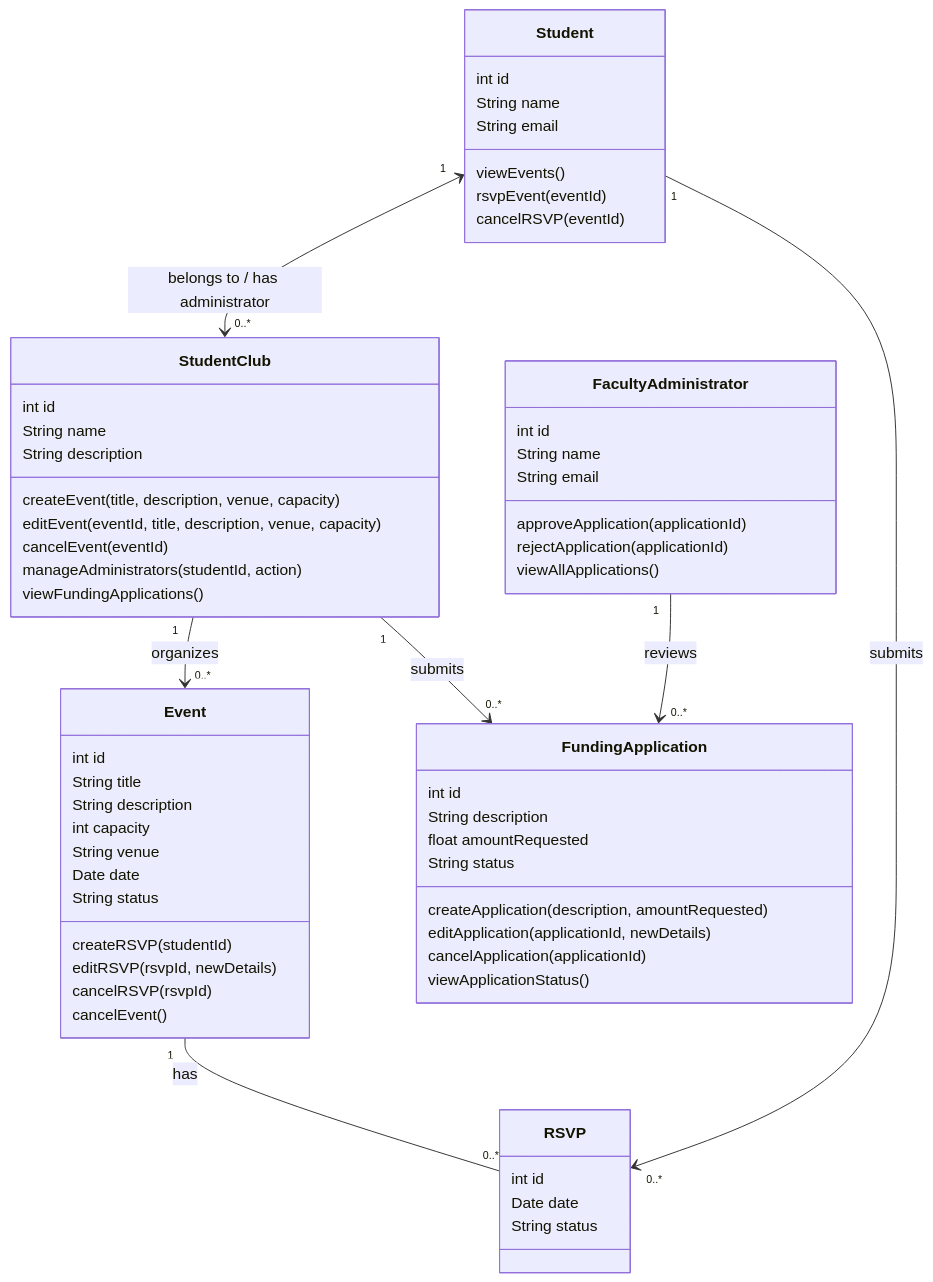
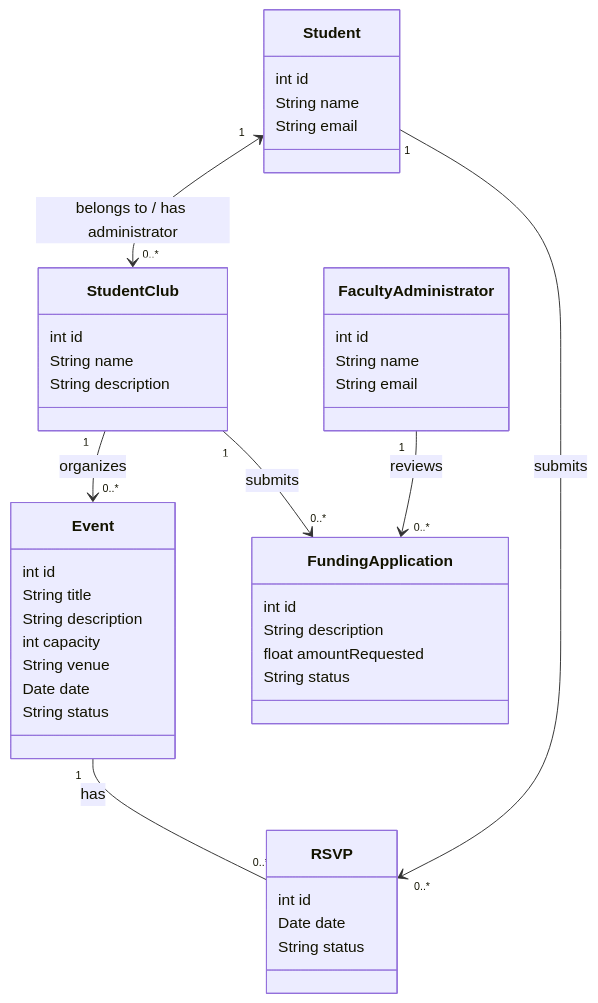
One commit to LiWinston/SDAMC changed the diagram in DomainModel.mmd. Above: the diagram before and after it, drawn with Mermaid. The commit also changed 1 other file, not shown here.

```diff
--- a/DomainModel.mmd
+++ b/DomainModel.mmd
@@ -1,67 +1,67 @@
 classDiagram
     Student "1" <--> "0..*" StudentClub : belongs to / has administrator
     StudentClub "1" --> "0..*" Event : organizes
     Event "1" -- "0..*" RSVP : has
     Student "1" --> "0..*" RSVP : submits
     StudentClub "1" --> "0..*" FundingApplication : submits
     FacultyAdministrator "1" --> "0..*" FundingApplication : reviews
 
     class Student {
         int id
         String name
         String email
-        viewEvents()
-        rsvpEvent(eventId)
-        cancelRSVP(eventId)
+%%        viewEvents()
+%%        rsvpEvent(eventId)
+%%        cancelRSVP(eventId)
     }
 
     class StudentClub {
         int id
         String name
         String description
-        createEvent(title, description, venue, capacity)
-        editEvent(eventId, title, description, venue, capacity)
-        cancelEvent(eventId)
-        manageAdministrators(studentId, action)
-        viewFundingApplications()
+%%        createEvent(title, description, venue, capacity)
+%%        editEvent(eventId, title, description, venue, capacity)
+%%        cancelEvent(eventId)
+%%        manageAdministrators(studentId, action)
+%%        viewFundingApplications()
     }
 
     class Event {
         int id
         String title
         String description
         int capacity
         String venue
         Date date
         String status
-        createRSVP(studentId)
-        editRSVP(rsvpId, newDetails)
-        cancelRSVP(rsvpId)
-        cancelEvent()
+%%        createRSVP(studentId)
+%%        editRSVP(rsvpId, newDetails)
+%%        cancelRSVP(rsvpId)
+%%        cancelEvent()
     }
 
     class RSVP {
         int id
         Date date
         String status
     }
 
     class FundingApplication {
         int id
         String description
         float amountRequested
         String status
-        createApplication(description, amountRequested)
-        editApplication(applicationId, newDetails)
-        cancelApplication(applicationId)
-        viewApplicationStatus()
+%%        createApplication(description, amountRequested)
+%%        editApplication(applicationId, newDetails)
+%%        cancelApplication(applicationId)
+%%        viewApplicationStatus()
     }
 
     class FacultyAdministrator {
         int id
         String name
         String email
-        approveApplication(applicationId)
-        rejectApplication(applicationId)
-        viewAllApplications()
+%%        approveApplication(applicationId)
+%%        rejectApplication(applicationId)
+%%        viewAllApplications()
     }
```
